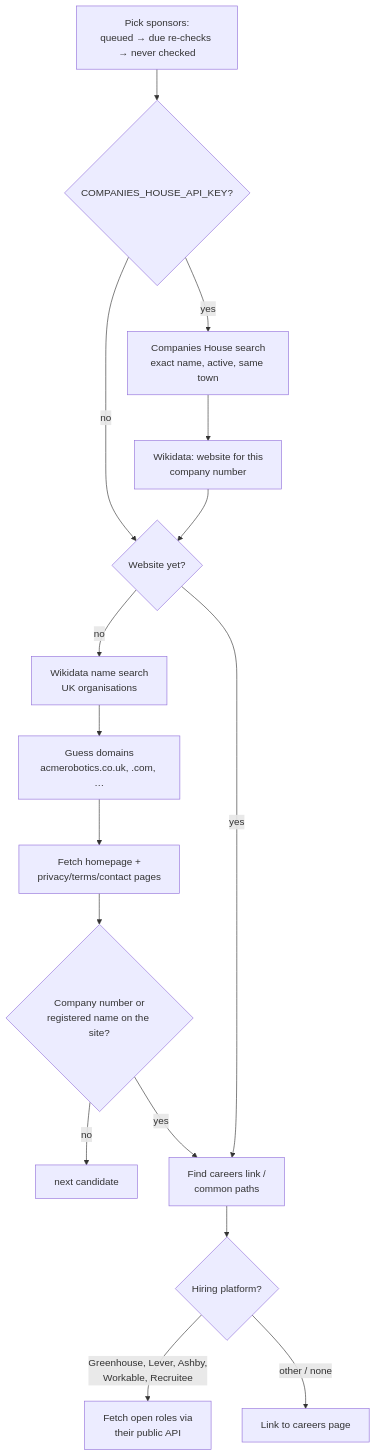
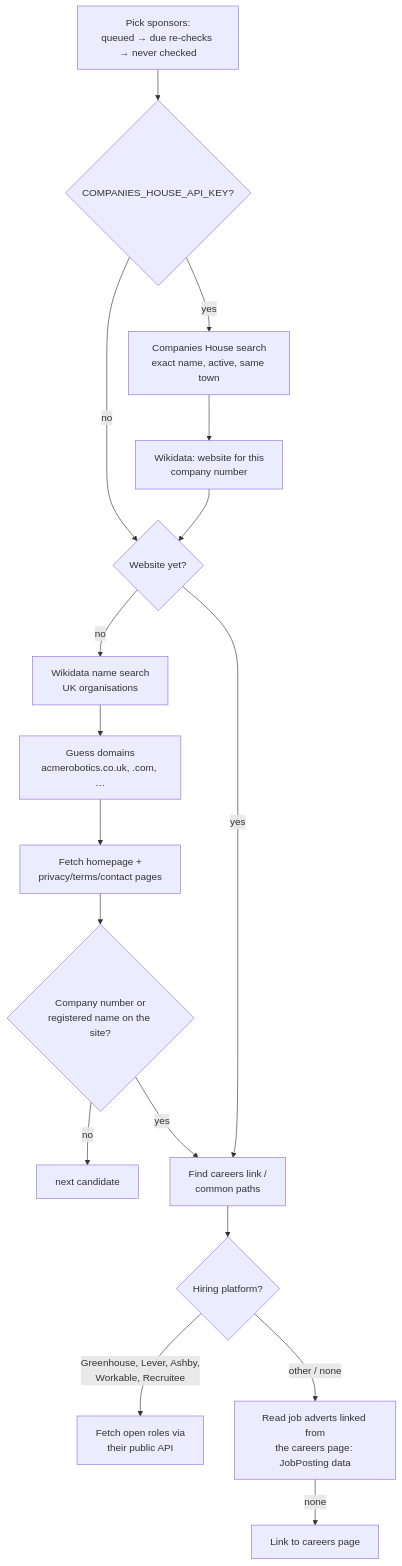
One commit to tsowems/sponsorship-finder changed the diagram in docs/09-enrichment.md. Above: the diagram before and after it, drawn with Mermaid. The commit also changed other lines of this file and 33 other files, not shown here.

First line of the commit message:
Look up companies when their page is opened; read jobs off careers pages

````diff
--- a/docs/09-enrichment.md
+++ b/docs/09-enrichment.md
@@ -7,18 +8,19 @@
 ```mermaid
 flowchart TD
   Q[Pick sponsors:<br/>queued → due re-checks → never checked] --> CH{COMPANIES_HOUSE_API_KEY?}
   CH -- yes --> CHS[Companies House search<br/>exact name, active, same town]
   CH -- no --> W
   CHS --> WD[Wikidata: website for this<br/>company number]
   WD --> W{Website yet?}
   W -- no --> WN[Wikidata name search<br/>UK organisations]
   WN --> DG[Guess domains<br/>acmerobotics.co.uk, .com, …]
   DG --> V[Fetch homepage +<br/>privacy/terms/contact pages]
   V --> OK{Company number or<br/>registered name on the site?}
   OK -- no --> next[next candidate]
   OK -- yes --> C[Find careers link /<br/>common paths]
   W -- yes --> C
   C --> ATS{Hiring platform?}
   ATS -- Greenhouse, Lever, Ashby,<br/>Workable, Recruitee --> J[Fetch open roles via<br/>their public API]
-  ATS -- other / none --> L[Link to careers page]
+  ATS -- other / none --> CP[Read job adverts linked from<br/>the careers page: JobPosting data]
+  CP -- none --> L[Link to careers page]
 ```
````
